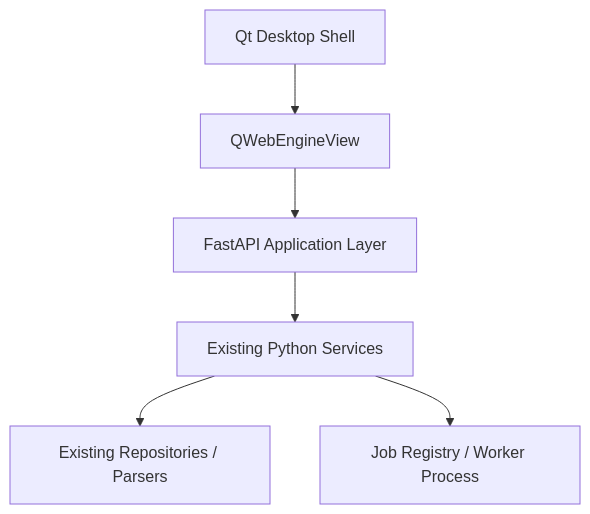
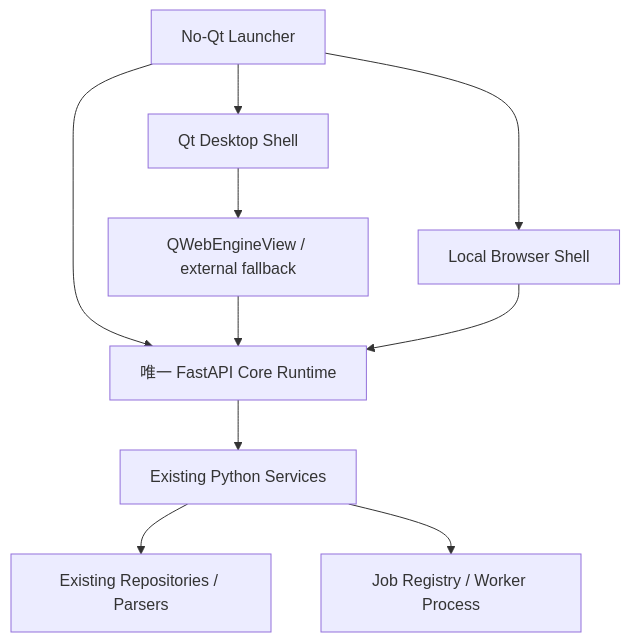
The first of 4 diagrams in docs/WEB_ARCHITECTURE.md (wxj183589/NetConsole), drawn with Mermaid before and after one commit. The commit also changed other lines of this file and 29 other files, not shown here.

````diff
--- a/docs/WEB_ARCHITECTURE.md
+++ b/docs/WEB_ARCHITECTURE.md
@@ -13,8 +13,12 @@
 ```mermaid
 flowchart TD
-    QS["Qt Desktop Shell"] --> WV["QWebEngineView"]
-    WV --> API["FastAPI Application Layer"]
+    L["No-Qt Launcher"] --> API["唯一 FastAPI Core Runtime"]
+    L --> QS["Qt Desktop Shell"]
+    L --> B["Local Browser Shell"]
+    QS --> WV["QWebEngineView / external fallback"]
+    WV --> API
+    B --> API
     API --> CORE["Existing Python Services"]
     CORE --> REPO["Existing Repositories / Parsers"]
     CORE --> JOB["Job Registry / Worker Process"]
 ```
````
